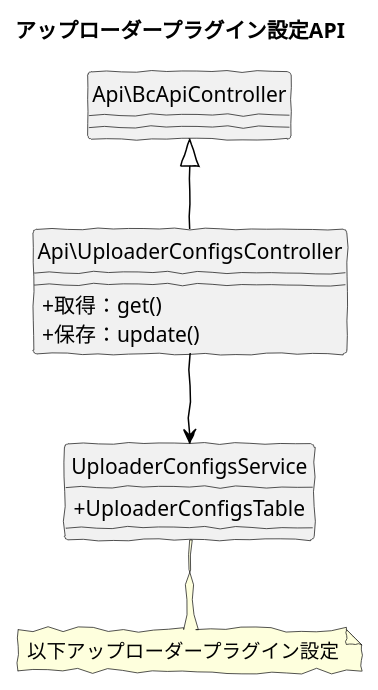
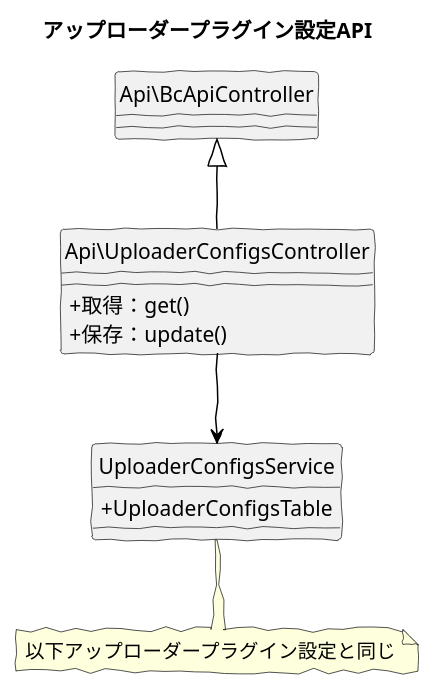
The diagram in src/puml/5/ucmitz/svg/class/bc-uploader/api_uploader_configs.puml (baserproject/baserproject.github.io), drawn with PlantUML before and after one commit. The commit also changed 11 other files, not shown here.

```diff
--- a/src/puml/5/ucmitz/svg/class/bc-uploader/api_uploader_configs.puml
+++ b/src/puml/5/ucmitz/svg/class/bc-uploader/api_uploader_configs.puml
@@ -1,28 +1,28 @@
 @startuml
 skinparam handwritten true
 skinparam backgroundColor white
 hide circle
 skinparam classAttributeIconSize 0
 
 title アップローダープラグイン設定API
 
 
 class Api\BcApiController {
 }
 
 class Api\UploaderConfigsController {
   + 取得：get()
   + 保存：update()
 }
 
 class UploaderConfigsService {
   + UploaderConfigsTable
 }
 
 Api\UploaderConfigsController -up[#Black]-|> Api\BcApiController
 Api\UploaderConfigsController -down[#Black]-> UploaderConfigsService
 
-note "以下アップローダープラグイン設定" as note
+note "以下アップローダープラグイン設定と同じ" as note
 UploaderConfigsService .. note
 
 @enduml
```
